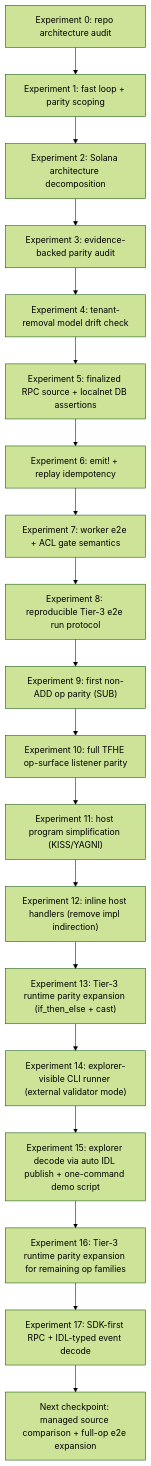
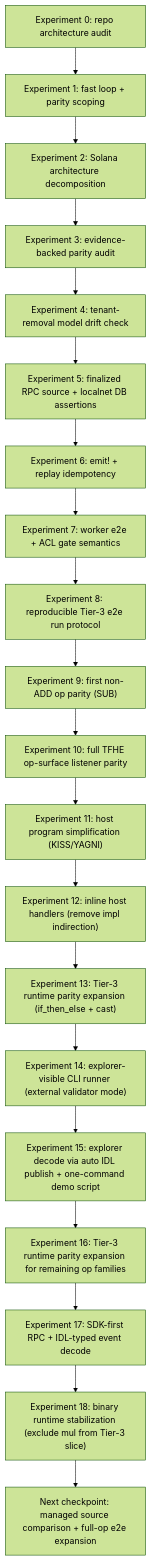
The diagram in docs/protocol/explorations/solana-host-listener/LEARNING.md (zama-ai/fhevm), drawn with Mermaid (forest theme) before and after one commit. The commit also changed other lines of this file and 2 other files, not shown here.

Commit message:
solana tier3: stabilize binary runtime slice and improve timeout diagnostics

````diff
--- a/docs/protocol/explorations/solana-host-listener/LEARNING.md
+++ b/docs/protocol/explorations/solana-host-listener/LEARNING.md
@@ -16,21 +16,22 @@
 ```mermaid
 flowchart TD
   E0["Experiment 0: repo architecture audit"] --> E1["Experiment 1: fast loop + parity scoping"]
   E1 --> E2["Experiment 2: Solana architecture decomposition"]
   E2 --> E3["Experiment 3: evidence-backed parity audit"]
   E3 --> E4["Experiment 4: tenant-removal model drift check"]
   E4 --> E5["Experiment 5: finalized RPC source + localnet DB assertions"]
   E5 --> E6["Experiment 6: emit! + replay idempotency"]
   E6 --> E7["Experiment 7: worker e2e + ACL gate semantics"]
   E7 --> E8["Experiment 8: reproducible Tier-3 e2e run protocol"]
   E8 --> E9["Experiment 9: first non-ADD op parity (SUB)"]
   E9 --> E10["Experiment 10: full TFHE op-surface listener parity"]
   E10 --> E11["Experiment 11: host program simplification (KISS/YAGNI)"]
   E11 --> E12["Experiment 12: inline host handlers (remove impl indirection)"]
   E12 --> E13["Experiment 13: Tier-3 runtime parity expansion (if_then_else + cast)"]
   E13 --> E14["Experiment 14: explorer-visible CLI runner (external validator mode)"]
   E14 --> E15["Experiment 15: explorer decode via auto IDL publish + one-command demo script"]
   E15 --> E16["Experiment 16: Tier-3 runtime parity expansion for remaining op families"]
   E16 --> E17["Experiment 17: SDK-first RPC + IDL-typed event decode"]
-  E17 --> NX["Next checkpoint: managed source comparison + full-op e2e expansion"]
+  E17 --> E18["Experiment 18: binary runtime stabilization (exclude mul from Tier-3 slice)"]
+  E18 --> NX["Next checkpoint: managed source comparison + full-op e2e expansion"]
 ```
````
